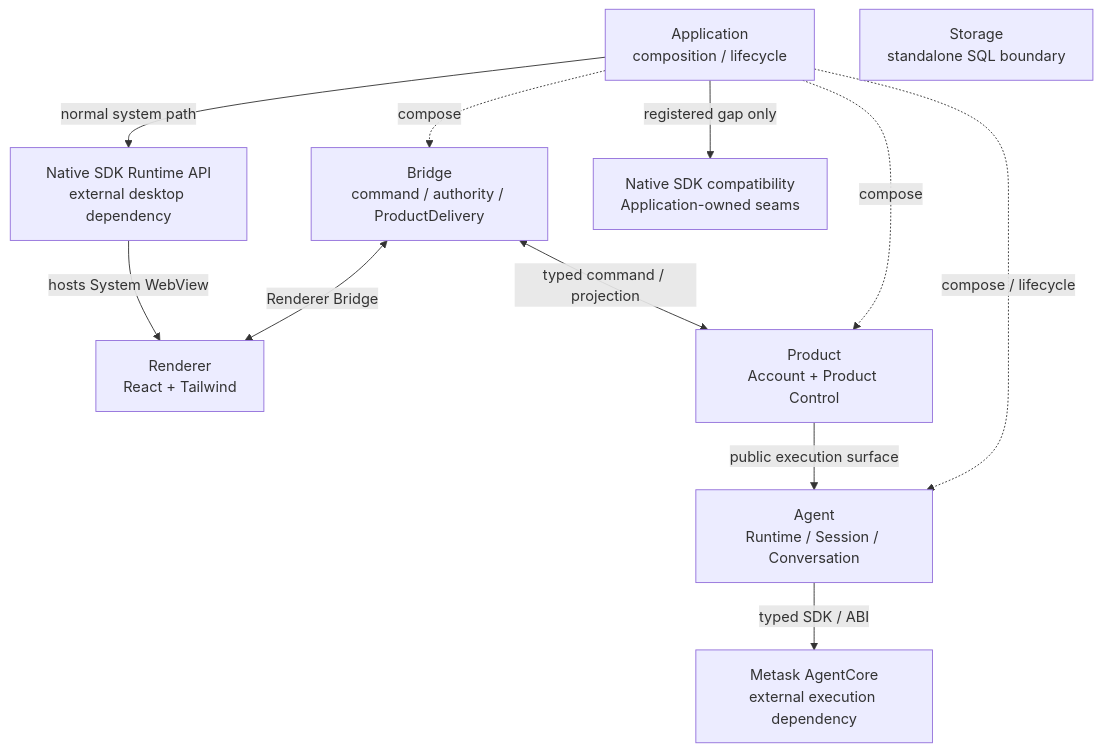
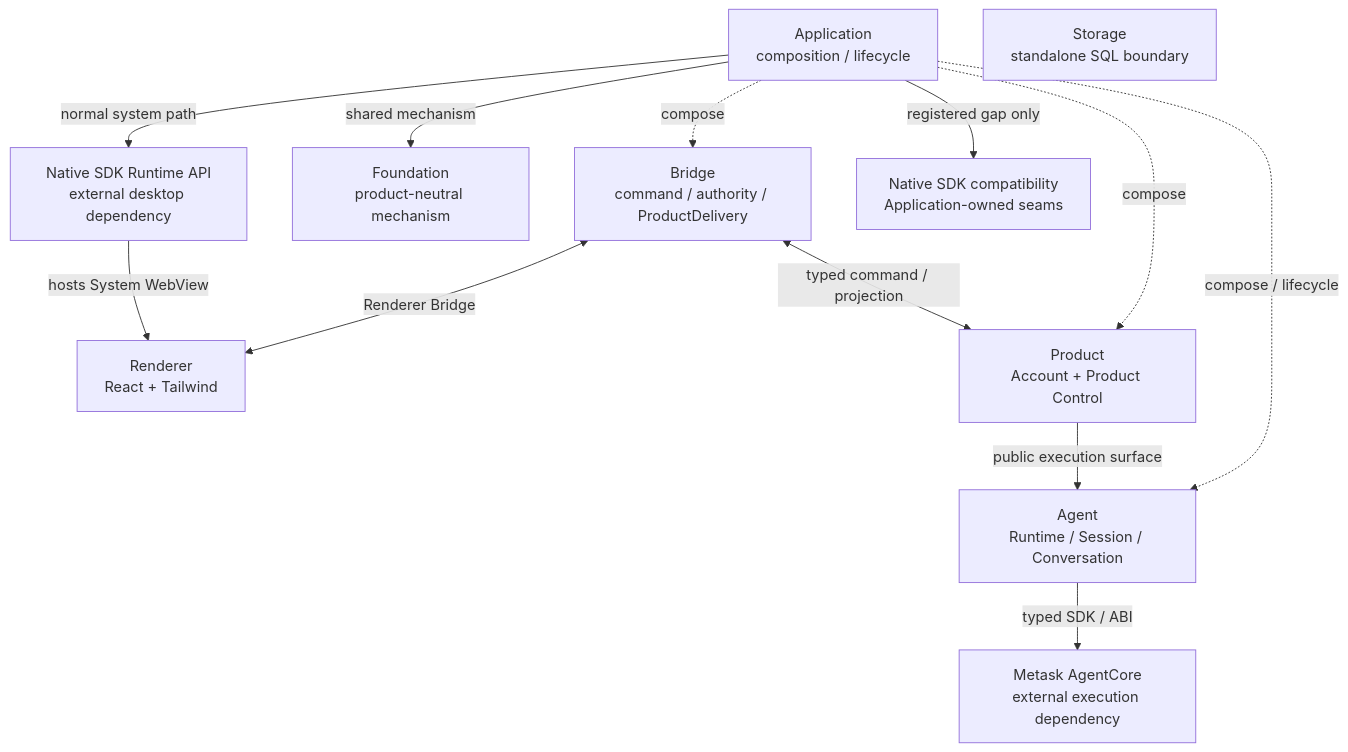
Before and after one commit to metask-ai/metawork: the diagram in docs/architecture.md, drawn with Mermaid. The commit also changed other lines of this file and 2 other files, not shown here.

First line of the commit message:
test(architecture): admit Foundation members by import boundary

````diff
--- a/docs/architecture.md
+++ b/docs/architecture.md
@@ -27,23 +27,25 @@
 ```mermaid
 flowchart TB
     RENDERER["Renderer<br/>React + Tailwind"]
     APPLICATION["Application<br/>composition / lifecycle"]
     BRIDGE["Bridge<br/>command / authority / ProductDelivery"]
     PRODUCT["Product<br/>Account + Product Control"]
     AGENT["Agent<br/>Runtime / Session / Conversation"]
     STORAGE["Storage<br/>standalone SQL boundary"]
+    FOUNDATION["Foundation<br/>product-neutral mechanism"]
     AGENTCORE["Metask AgentCore<br/>external execution dependency"]
     NATIVE_RUNTIME["Native SDK Runtime API<br/>external desktop dependency"]
     NATIVE_COMPAT["Native SDK compatibility<br/>Application-owned seams"]
 
     APPLICATION -. "compose" .-> BRIDGE
     APPLICATION -. "compose" .-> PRODUCT
     APPLICATION -. "compose / lifecycle" .-> AGENT
+    APPLICATION -->|"shared mechanism"| FOUNDATION
     BRIDGE <-->|"Renderer Bridge"| RENDERER
     BRIDGE <-->|"typed command / projection"| PRODUCT
     PRODUCT -->|"public execution surface"| AGENT
     AGENT -->|"typed SDK / ABI"| AGENTCORE
     APPLICATION -->|"normal system path"| NATIVE_RUNTIME
     APPLICATION -->|"registered gap only"| NATIVE_COMPAT
     NATIVE_RUNTIME -->|"hosts System WebView"| RENDERER
 ```
````
